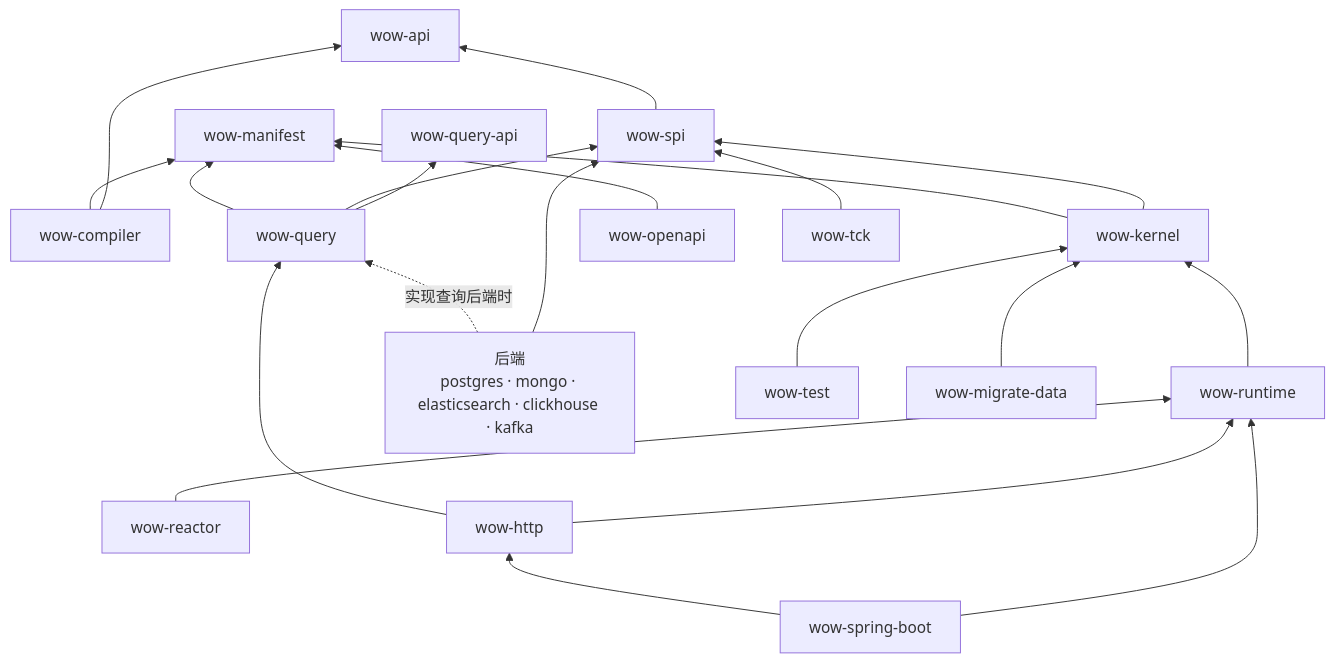
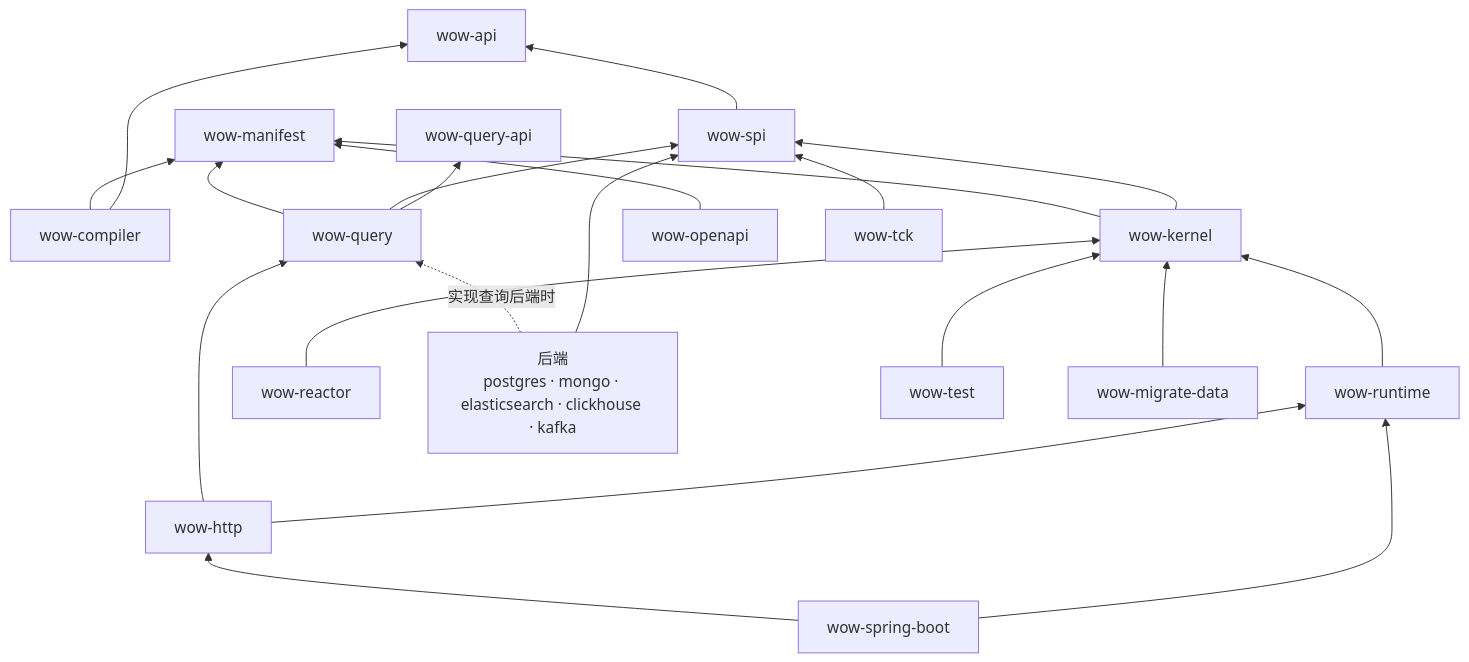
One commit to Ahoo-Wang/Wow changed the diagram in documentation/designs/v10/06-modules.md. Above: the diagram before and after it, drawn with Mermaid. The commit also changed other lines of this file and 1 other file, not shown here.

Commit message:
docs(v10): wow-reactor depends on wow-kernel only (D149, #4328)

````diff
--- a/documentation/designs/v10/06-modules.md
+++ b/documentation/designs/v10/06-modules.md
@@ -88,20 +88,20 @@
 ```mermaid
 flowchart BT
     API[wow-api]
     QAPI[wow-query-api]
     MAN[wow-manifest]
     COMP[wow-compiler] --> API & MAN
     SPI[wow-spi] --> API
     KER[wow-kernel] --> SPI & MAN
     RT[wow-runtime] --> KER
-    RX[wow-reactor] --> RT
+    RX[wow-reactor] --> KER
     Q[wow-query] --> QAPI & SPI & MAN
     BE[后端<br/>postgres · mongo · elasticsearch · clickhouse · kafka] --> SPI
     BE -. 实现查询后端时 .-> Q
     HTTP[wow-http] --> RT & Q
     OAPI[wow-openapi] --> MAN
     HOST[wow-spring-boot] --> RT & HTTP
     TEST[wow-test] --> KER
     TCK[wow-tck] --> SPI
     MIG[wow-migrate-data] --> KER
 ```
````
